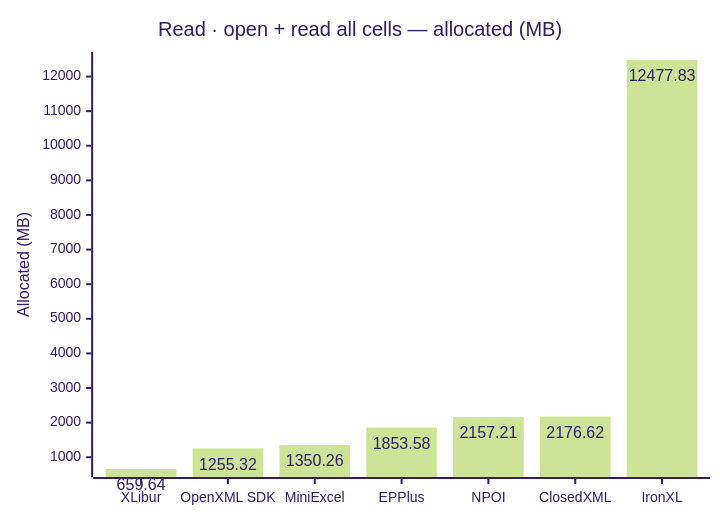
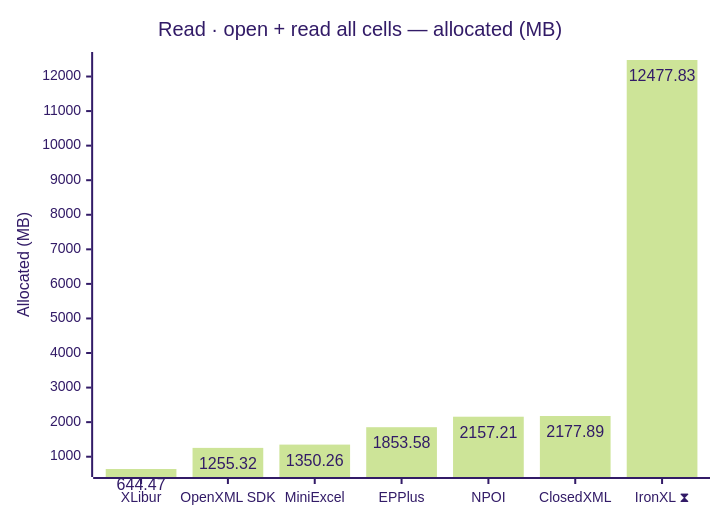
Before and after one commit to jafin/XLBench: the fourth of 8 diagrams in docs/results.md, drawn with Mermaid (forest theme). The commit also changed other lines of this file and 2 other files, not shown here.

First line of the commit message:
docs: refresh benchmark results on XLibur 0.200.0

````diff
--- a/docs/results.md
+++ b/docs/results.md
@@ -74,12 +78,12 @@
 ```mermaid
 ---
 config:
   xyChart:
     showDataLabel: true
 ---
 xychart-beta
     title "Read · open + read all cells — allocated (MB)"
-    x-axis ["XLibur", "OpenXML SDK", "MiniExcel", "EPPlus", "NPOI", "ClosedXML", "IronXL"]
+    x-axis ["XLibur", "OpenXML SDK", "MiniExcel", "EPPlus", "NPOI", "ClosedXML", "IronXL ⧗"]
     y-axis "Allocated (MB)"
-    bar [659.64, 1255.32, 1350.26, 1853.58, 2157.21, 2176.62, 12477.83]
+    bar [644.47, 1255.32, 1350.26, 1853.58, 2157.21, 2177.89, 12477.83]
 ```
````
